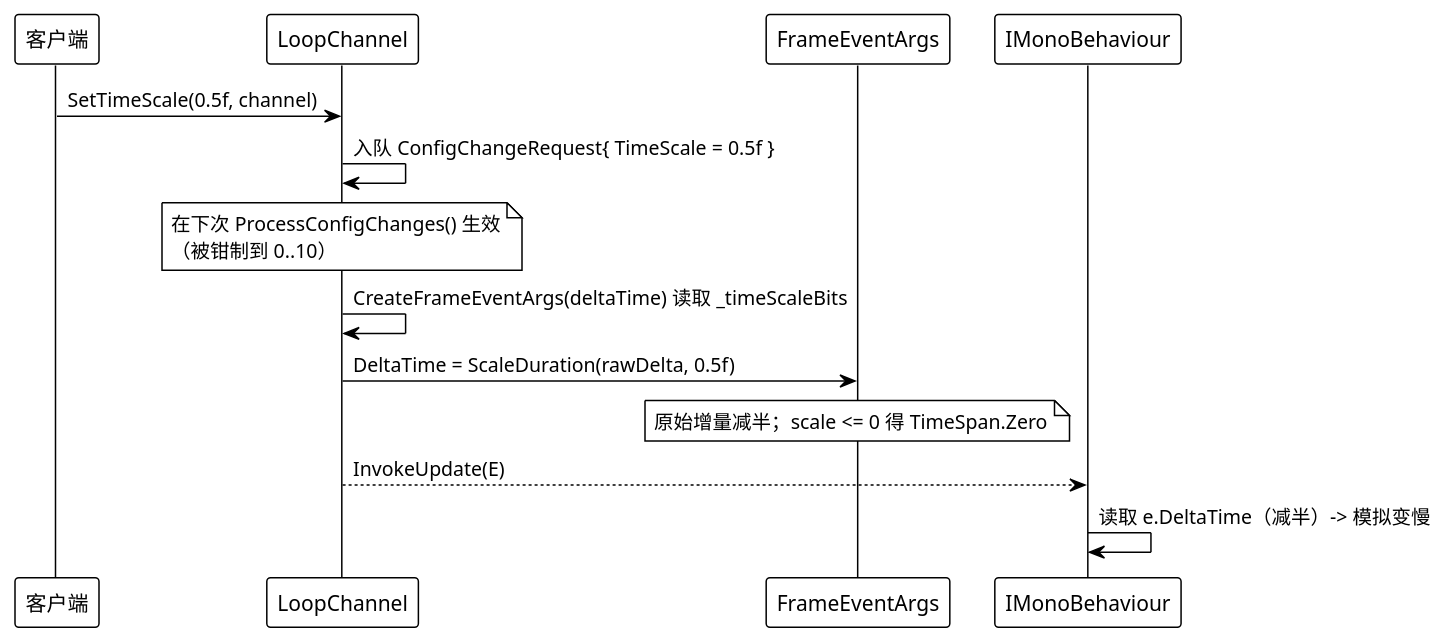
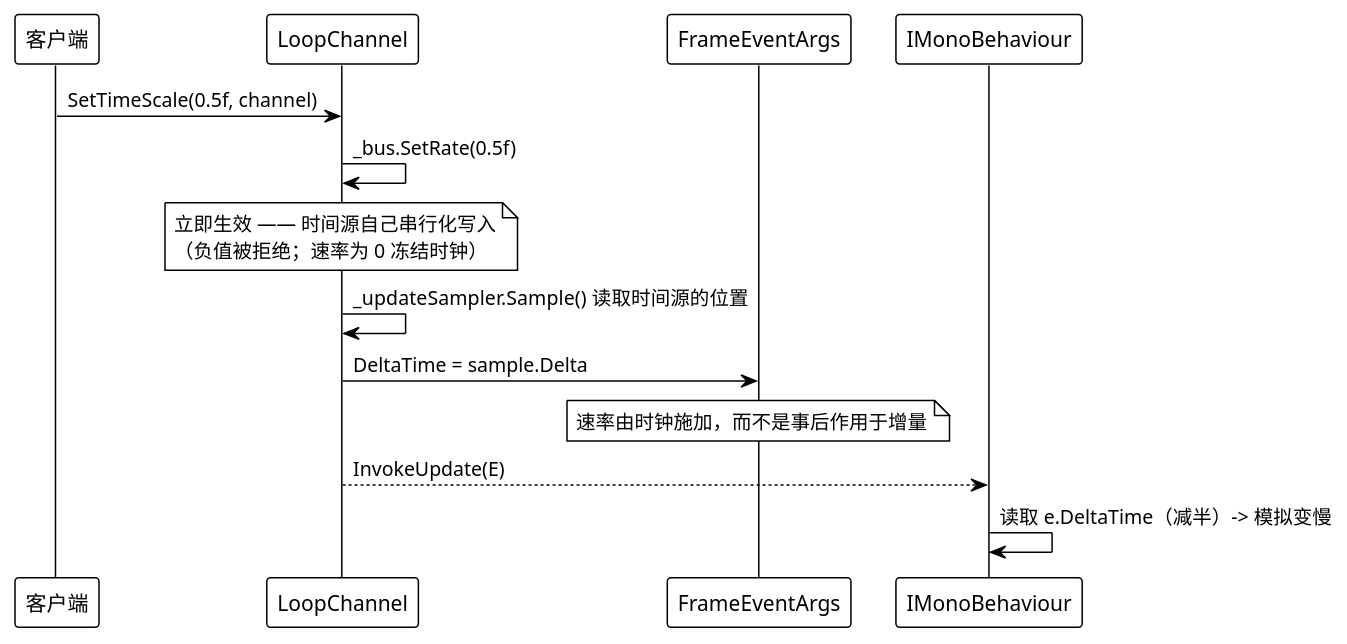
Before and after one commit to Axvser/VeloxDev.Docs: the fourth of 6 diagrams in src/CloudGlyph/Assets/Docs/content/zh/3_SE分析/03_数据流分析/06_MonoBehaviour/index.md, drawn with PlantUML. The commit also changed other lines of this file and 37 other files, not shown here.

````diff
--- a/src/CloudGlyph/Assets/Docs/content/zh/3_SE分析/03_数据流分析/06_MonoBehaviour/index.md
+++ b/src/CloudGlyph/Assets/Docs/content/zh/3_SE分析/03_数据流分析/06_MonoBehaviour/index.md
@@ -157,20 +153,20 @@
 ```plantuml
 @startuml
 !theme plain
 
 participant "客户端" as C
 participant "LoopChannel" as L
 participant "FrameEventArgs" as E
 participant "IMonoBehaviour" as B
 
 C -> L: SetTimeScale(0.5f, channel)
-L -> L: 入队 ConfigChangeRequest{ TimeScale = 0.5f }
-note over L: 在下次 ProcessConfigChanges() 生效\n（被钳制到 0..10）
+L -> L: _bus.SetRate(0.5f)
+note over L: 立即生效 —— 时间源自己串行化写入\n（负值被拒绝；速率为 0 冻结时钟）
 
-L -> L: CreateFrameEventArgs(deltaTime) 读取 _timeScaleBits
-L -> E: DeltaTime = ScaleDuration(rawDelta, 0.5f)
-note over E: 原始增量减半；scale <= 0 得 TimeSpan.Zero
+L -> L: _updateSampler.Sample() 读取时间源的位置
+L -> E: DeltaTime = sample.Delta
+note over E: 速率由时钟施加，而不是事后作用于增量
 L --> B: InvokeUpdate(E)
 B -> B: 读取 e.DeltaTime（减半）-> 模拟变慢
 @enduml
 ```
````
